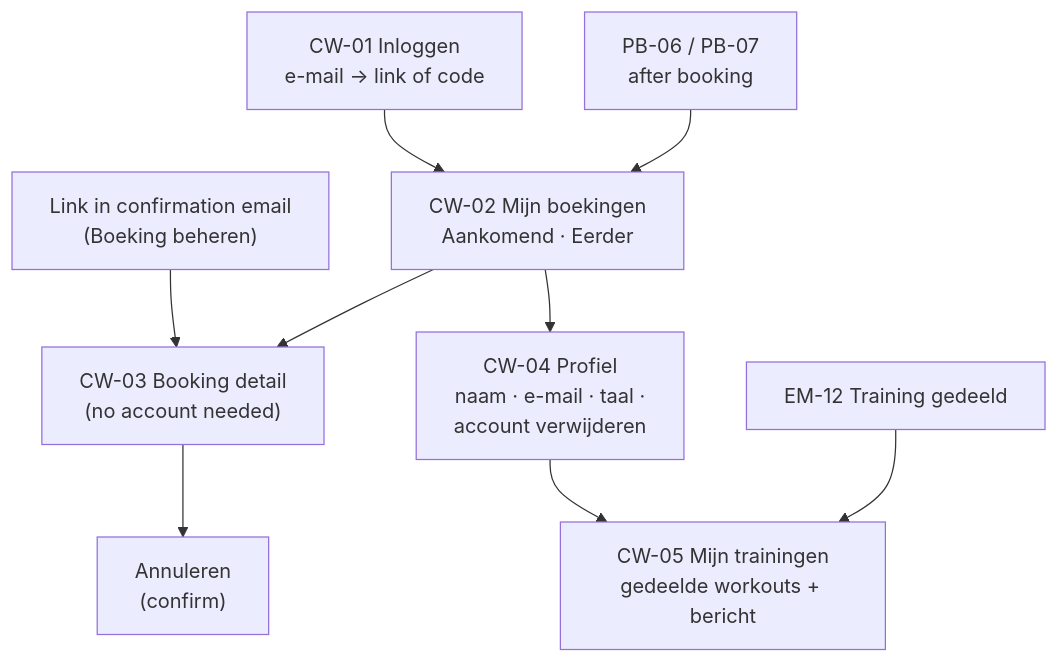
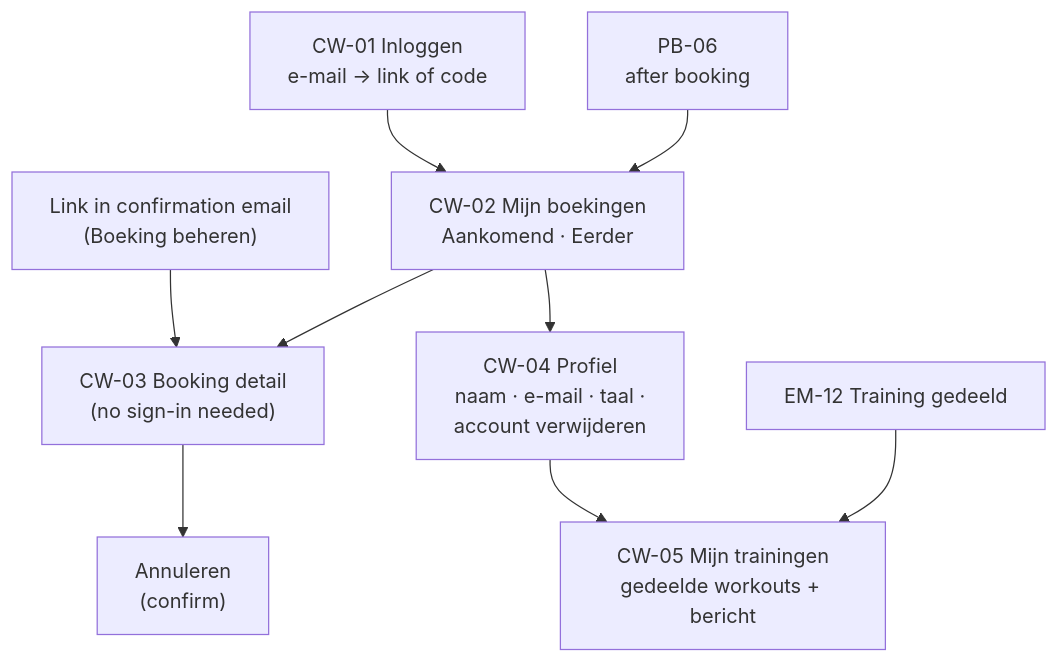
The fifth of 5 diagrams in docs/design/information-architecture.md (fivvi-app/fivvi), drawn with Mermaid before and after one commit. The commit also changed other lines of this file and 15 other files, not shown here.

````diff
--- a/docs/design/information-architecture.md
+++ b/docs/design/information-architecture.md
@@ -340,11 +335,11 @@
 ```mermaid
 flowchart TB
-  mail["Link in confirmation email<br/>(Boeking beheren)"] --> manage["CW-03 Booking detail<br/>(no account needed)"]
+  mail["Link in confirmation email<br/>(Boeking beheren)"] --> manage["CW-03 Booking detail<br/>(no sign-in needed)"]
   signin["CW-01 Inloggen<br/>e-mail → link of code"] --> bookings["CW-02 Mijn boekingen<br/>Aankomend · Eerder"]
-  pb6["PB-06 / PB-07<br/>after booking"] --> bookings
+  pb6["PB-06<br/>after booking"] --> bookings
   bookings --> manage
   manage --> cancel["Annuleren<br/>(confirm)"]
   bookings --> prof["CW-04 Profiel<br/>naam · e-mail · taal ·<br/>account verwijderen"]
   prof --> workouts["CW-05 Mijn trainingen<br/>gedeelde workouts + bericht"]
   workoutMail["EM-12 Training gedeeld"] --> workouts
 ```
````
